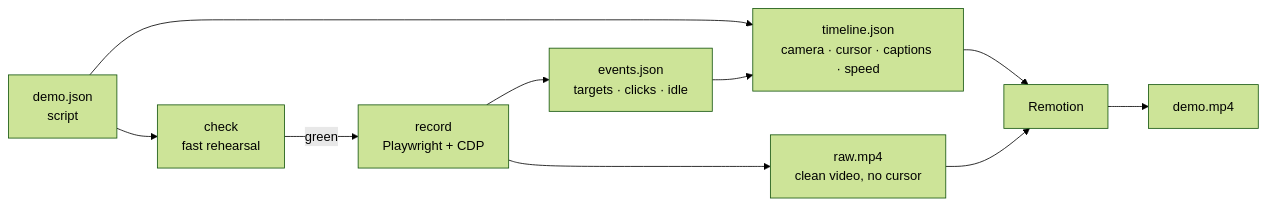
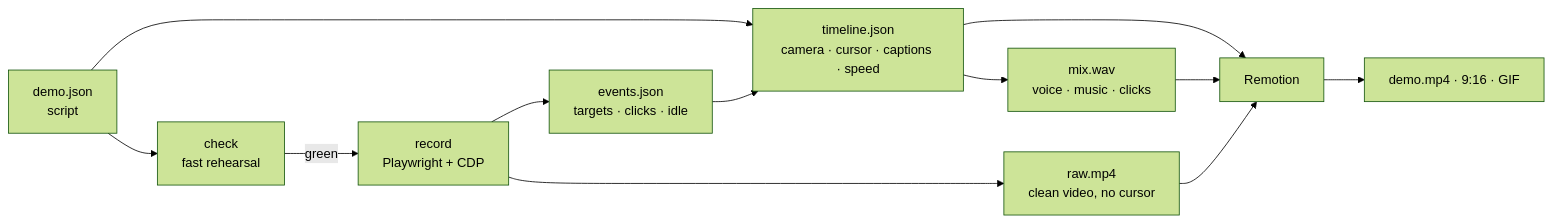
One commit to mineo71/showTime changed the diagram in README.md. Above: the diagram before and after it, drawn with Mermaid (forest theme). The commit also changed other lines of this file and 18 other files, not shown here.

````diff
--- a/README.md
+++ b/README.md
@@ -201,12 +223,14 @@
 ```mermaid
 flowchart LR
   S["demo.json<br/>script"] --> C["check<br/>fast rehearsal"]
   C -- green --> R["record<br/>Playwright + CDP"]
   R --> V["raw.mp4<br/>clean video, no cursor"]
   R --> E["events.json<br/>targets · clicks · idle"]
   S --> T["timeline.json<br/>camera · cursor · captions · speed"]
   E --> T
+  T --> A["mix.wav<br/>voice · music · clicks"]
   T --> M["Remotion"]
+  A --> M
   V --> M
-  M --> O["demo.mp4"]
+  M --> O["demo.mp4 · 9:16 · GIF"]
 ```
````
